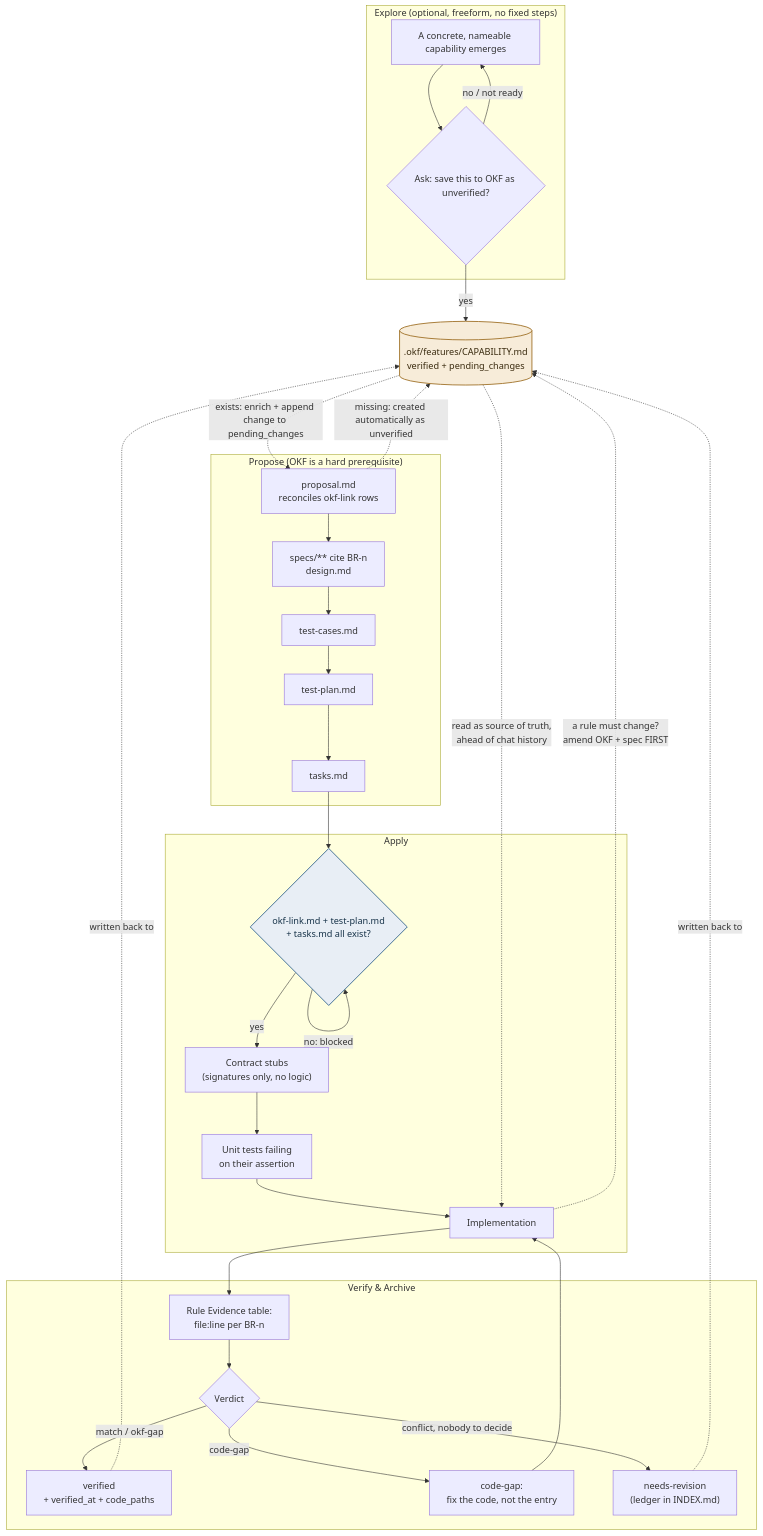
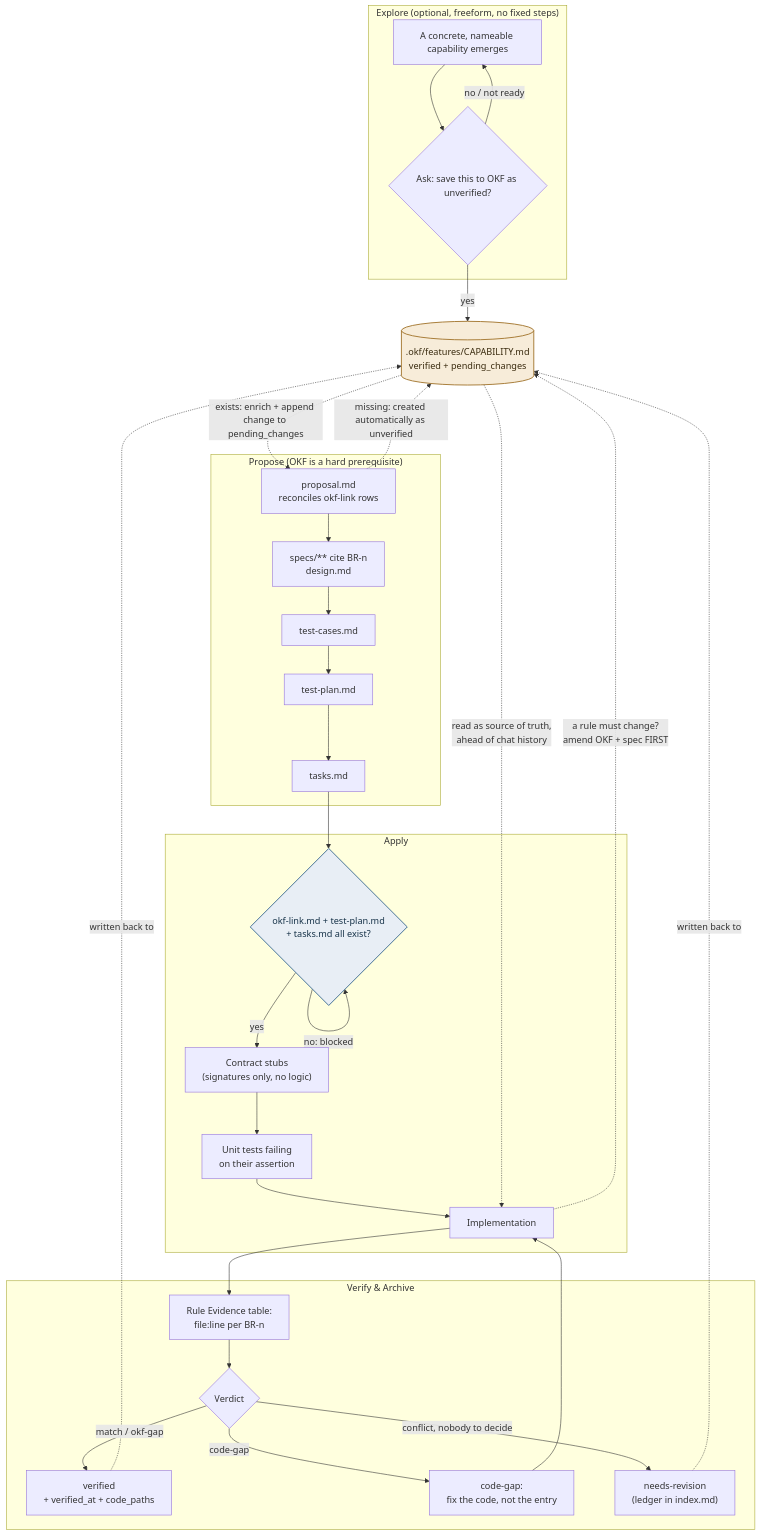
Before and after one commit to amagumolabs/okf-kit: the first of 2 diagrams in docs/openspec-okf-workflow.md, drawn with Mermaid. The commit also changed other lines of this file and 10 other files, not shown here.

````diff
--- a/docs/openspec-okf-workflow.md
+++ b/docs/openspec-okf-workflow.md
@@ -64,60 +64,60 @@
 ```mermaid
 flowchart TD
     subgraph EX["Explore (optional, freeform, no fixed steps)"]
         E1["A concrete, nameable capability emerges"]
         E2{"Ask: save this to OKF as unverified?"}
         E1 --> E2
     end
 
     OKFFILE[(".okf/features/CAPABILITY.md<br/>verified + pending_changes")]
 
     E2 -- "yes" --> OKFFILE
     E2 -- "no / not ready" --> E1
 
     subgraph PR["Propose (OKF is a hard prerequisite)"]
         P2["proposal.md<br/>reconciles okf-link rows"]
         P3["specs/** cite BR-n<br/>design.md"]
         P4["test-cases.md"]
         P5["test-plan.md"]
         P6["tasks.md"]
         P2 --> P3 --> P4 --> P5 --> P6
     end
 
     OKFFILE -. "exists: enrich + append change to pending_changes" .-> P2
     P2 -. "missing: created automatically as unverified" .-> OKFFILE
 
     subgraph AP["Apply"]
         GATE{"okf-link.md + test-plan.md<br/>+ tasks.md all exist?"}
         STUB["Contract stubs<br/>(signatures only, no logic)"]
         RED["Unit tests failing<br/>on their assertion"]
         IMPL["Implementation"]
         GATE -- "no: blocked" --> GATE
         GATE -- "yes" --> STUB --> RED --> IMPL
     end
 
     P6 --> GATE
     OKFFILE -. "read as source of truth,<br/>ahead of chat history" .-> IMPL
     IMPL -. "a rule must change?<br/>amend OKF + spec FIRST" .-> OKFFILE
 
     subgraph VA["Verify & Archive"]
         V1["Rule Evidence table:<br/>file:line per BR-n"]
         V3{"Verdict"}
         V4["verified<br/>+ verified_at + code_paths"]
         V5["code-gap:<br/>fix the code, not the entry"]
-        V6["needs-revision<br/>(ledger in INDEX.md)"]
+        V6["needs-revision<br/>(ledger in index.md)"]
         V1 --> V3
         V3 -- "match / okf-gap" --> V4
         V3 -- "code-gap" --> V5
         V3 -- "conflict, nobody to decide" --> V6
     end
 
     IMPL --> V1
     V4 -. "written back to" .-> OKFFILE
     V6 -. "written back to" .-> OKFFILE
     V5 --> IMPL
 
     classDef okf fill:#f7ecd9,stroke:#9c6b1f,color:#3a2b0f,stroke-width:1.5px
     classDef gate fill:#e8eef5,stroke:#2c5f8a,color:#173349,stroke-width:1.5px
     class OKFFILE okf
     class GATE gate
 ```
````
